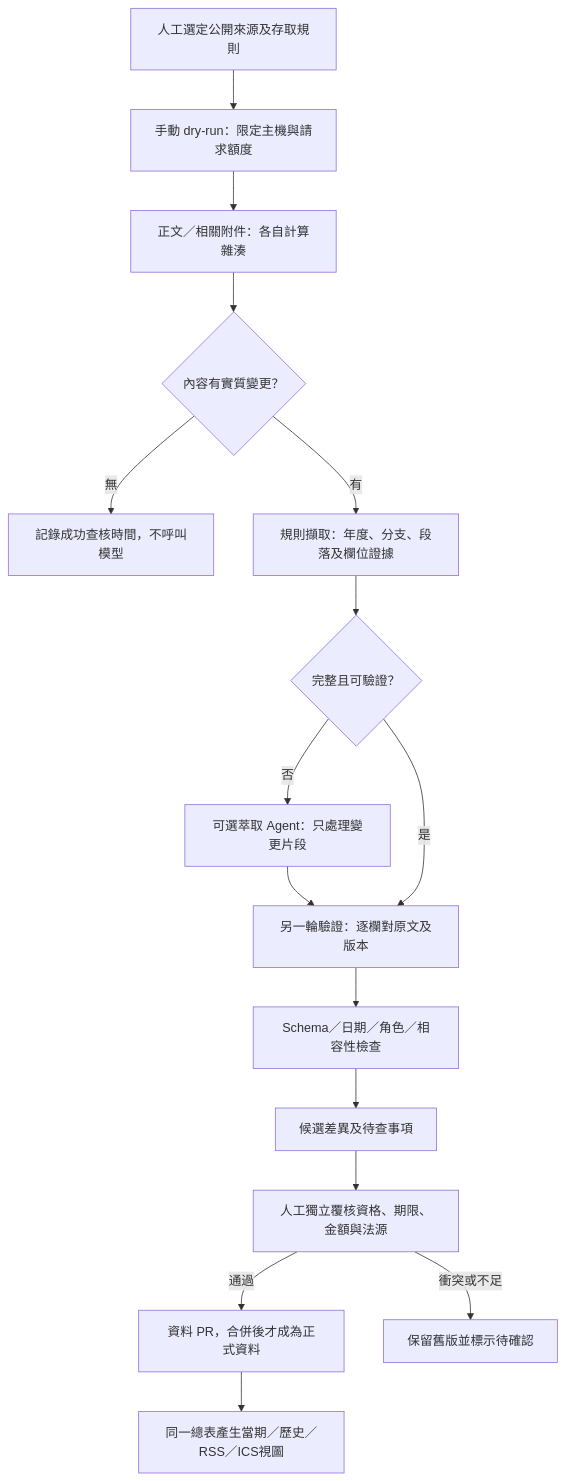
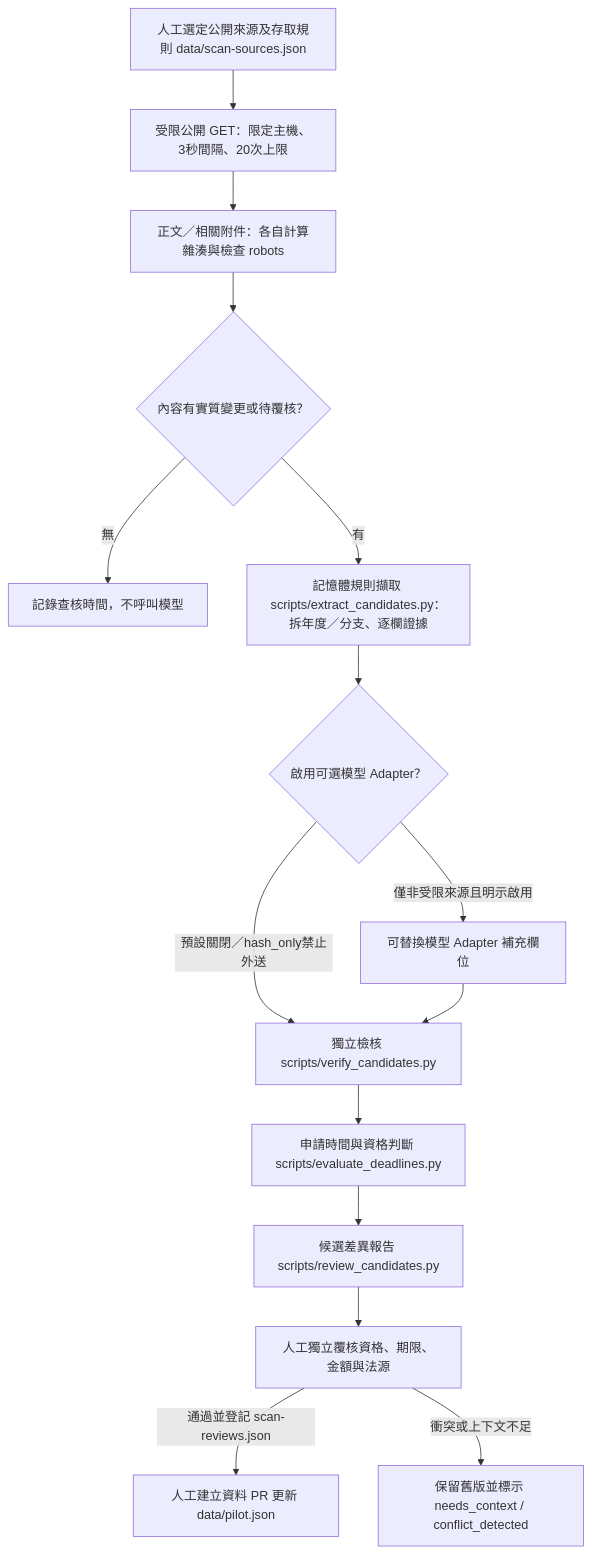
The diagram in docs/INGESTION-POC.md (matt-ye/opengsa), drawn with Mermaid before and after one commit. The commit also changed other lines of this file and 15 other files, not shown here.

Commit message:
feat: implement candidate schema, structured extraction, independent verification, and deadline/eligibility engine

````diff
--- a/docs/INGESTION-POC.md
+++ b/docs/INGESTION-POC.md
@@ -22,18 +20,17 @@
 ```mermaid
 flowchart TD
- A[人工選定公開來源及存取規則] --> B[手動 dry-run：限定主機與請求額度]
- B --> C[正文／相關附件：各自計算雜湊]
- C --> D{內容有實質變更？}
- D -->|無| E[記錄成功查核時間，不呼叫模型]
- D -->|有| F[規則擷取：年度、分支、段落及欄位證據]
- F --> G{完整且可驗證？}
- G -->|否| H[可選萃取 Agent：只處理變更片段]
- H --> I[另一輪驗證：逐欄對原文及版本]
- G -->|是| I
- I --> J[Schema／日期／角色／相容性檢查]
- J --> K[候選差異及待查事項]
+ A[人工選定公開來源及存取規則 data/scan-sources.json] --> B[受限公開 GET：限定主機、3秒間隔、20次上限]
+ B --> C[正文／相關附件：各自計算雜湊與檢查 robots]
+ C --> D{內容有實質變更或待覆核？}
+ D -->|無| E[記錄查核時間，不呼叫模型]
+ D -->|有| F[記憶體規則擷取 scripts/extract_candidates.py：拆年度／分支、逐欄證據]
+ F --> G{啟用可選模型 Adapter？}
+ G -->|預設關閉／hash_only禁止外送| I[獨立檢核 scripts/verify_candidates.py]
+ G -->|僅非受限來源且明示啟用| H[可替換模型 Adapter 補充欄位]
+ H --> I
+ I --> J[申請時間與資格判斷 scripts/evaluate_deadlines.py]
+ J --> K[候選差異報告 scripts/review_candidates.py]
  K --> L[人工獨立覆核資格、期限、金額與法源]
- L -->|通過| M[資料 PR，合併後才成為正式資料]
- L -->|衝突或不足| N[保留舊版並標示待確認]
- M --> O[同一總表產生當期／歷史／RSS／ICS視圖]
+ L -->|通過並登記 scan-reviews.json| M[人工建立資料 PR 更新 data/pilot.json]
+ L -->|衝突或上下文不足| N[保留舊版並標示 needs_context / conflict_detected]
 ```
````
